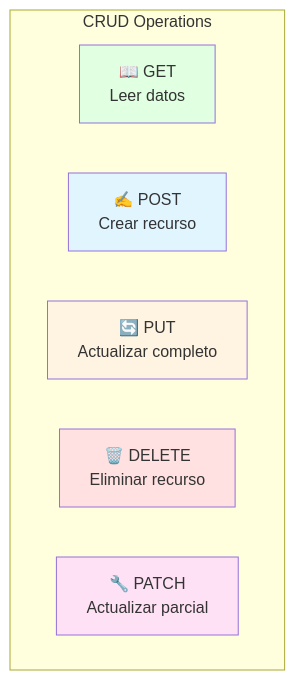
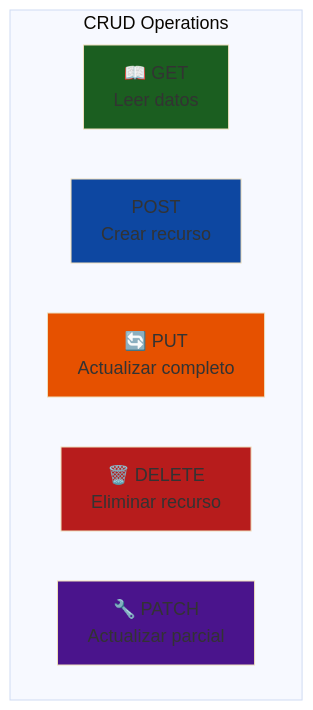
One commit to Ai-Whisperers/Courses-Content changed the third of 7 diagrams in courses/🟡-development/FPUNA-2026/01-DESARROLLO-SOFTWARE/especializaciones/qa-automation/02-pruebas-api.md. Above: the diagram before and after it, drawn with Mermaid. The commit also changed other lines of this file and 47 other files, not shown here.

First line of the commit message:
fix: Make all 473 diagrams WCAG AAA accessible (FPUNA-2026)

````diff
--- a/courses/🟡-development/FPUNA-2026/01-DESARROLLO-SOFTWARE/especializaciones/qa-automation/02-pruebas-api.md
+++ b/courses/🟡-development/FPUNA-2026/01-DESARROLLO-SOFTWARE/especializaciones/qa-automation/02-pruebas-api.md
@@ -154,16 +156,17 @@
 ```mermaid
+%%{init: {'theme':'base', 'themeVariables': {'fontSize':'18px'}}}%%
 graph TD
     subgraph "CRUD Operations"
         A[📖 GET<br/>Leer datos]
-        B[✍️ POST<br/>Crear recurso]
+        B[POST<br/>Crear recurso]
         C[🔄 PUT<br/>Actualizar completo]
         D[🗑️ DELETE<br/>Eliminar recurso]
         E[🔧 PATCH<br/>Actualizar parcial]
     end
     
-    style A fill:#E1FFE1
-    style B fill:#E1F5FF
-    style C fill:#FFF4E1
-    style D fill:#FFE1E1
-    style E fill:#FFE1F5
+    style A fill:#1b5e20
+    style B fill:#0d47a1
+    style C fill:#e65100
+    style D fill:#b71c1c
+    style E fill:#4a148c
 ```
````
